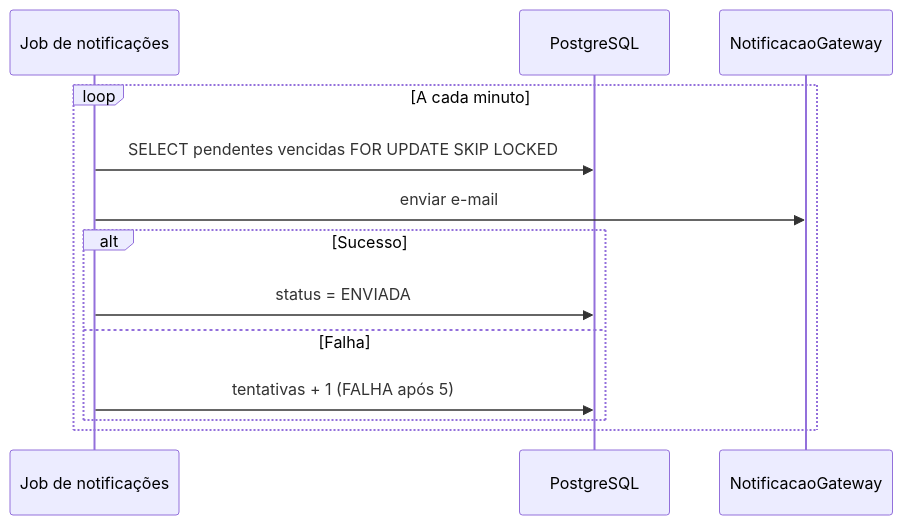
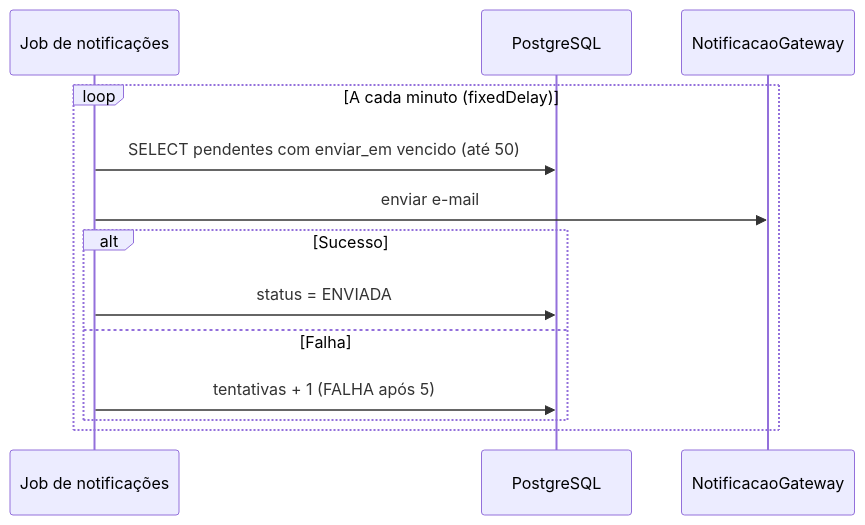
The fifth of 8 diagrams in artefatos/arquitetura-do-sistema.md (c-nnett/prova-sub-fase-3), drawn with Mermaid before and after one commit. The commit also changed other lines of this file and 3 other files, not shown here.

````diff
--- a/artefatos/arquitetura-do-sistema.md
+++ b/artefatos/arquitetura-do-sistema.md
@@ -306,16 +306,16 @@
 ```mermaid
 sequenceDiagram
     participant Job as Job de notificações
     participant DB as PostgreSQL
     participant Mail as NotificacaoGateway
 
-    loop A cada minuto
-        Job->>DB: SELECT pendentes vencidas FOR UPDATE SKIP LOCKED
+    loop A cada minuto (fixedDelay)
+        Job->>DB: SELECT pendentes com enviar_em vencido (até 50)
         Job->>Mail: enviar e-mail
         alt Sucesso
             Job->>DB: status = ENVIADA
         else Falha
             Job->>DB: tentativas + 1 (FALHA após 5)
         end
     end
 ```
````
